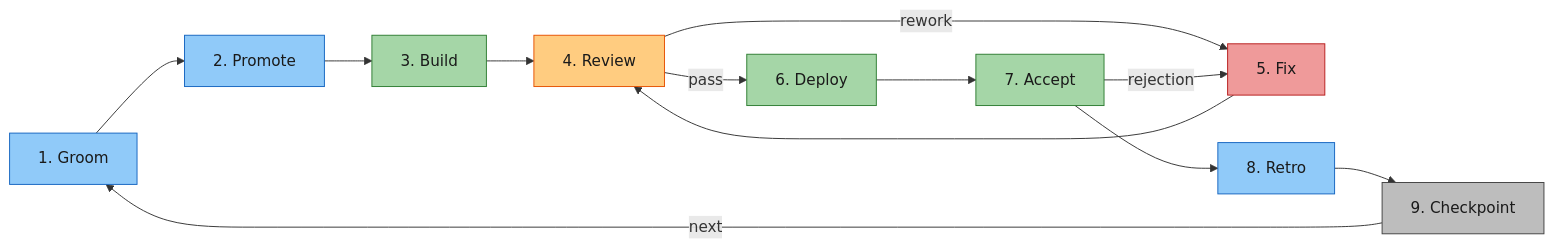
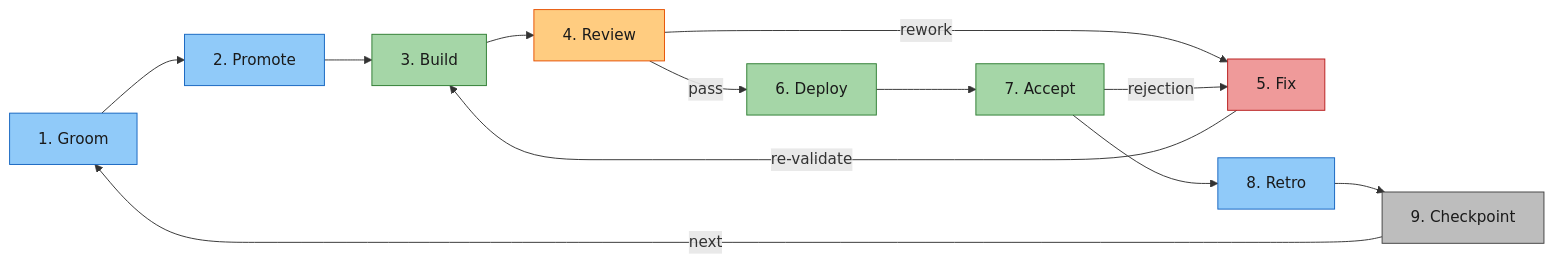
The third of 5 diagrams in README.md (rdunie/venutian-antfarm), drawn with Mermaid before and after one commit. The commit also changed 3 other files, not shown here.

````diff
--- a/README.md
+++ b/README.md
@@ -136,24 +136,24 @@
 ```mermaid
 flowchart LR
     G["1. Groom"] --> P["2. Promote"]
     P --> B["3. Build"]
     B --> R["4. Review"]
     R -->|"rework"| F["5. Fix"]
-    F --> R
+    F -->|"re-validate"| B
     R -->|"pass"| D["6. Deploy"]
     D --> A["7. Accept"]
     A -->|"rejection"| F
     A --> RT["8. Retro"]
     RT --> C["9. Checkpoint"]
     C -->|"next"| G
 
     style G fill:#90caf9,stroke:#1565c0,color:#1a1a1a
     style P fill:#90caf9,stroke:#1565c0,color:#1a1a1a
     style B fill:#a5d6a7,stroke:#2e7d32,color:#1a1a1a
     style R fill:#ffcc80,stroke:#e65100,color:#1a1a1a
     style F fill:#ef9a9a,stroke:#b71c1c,color:#1a1a1a
     style D fill:#a5d6a7,stroke:#2e7d32,color:#1a1a1a
     style A fill:#a5d6a7,stroke:#2e7d32,color:#1a1a1a
     style RT fill:#90caf9,stroke:#1565c0,color:#1a1a1a
     style C fill:#bdbdbd,stroke:#424242,color:#1a1a1a
 ```
````
